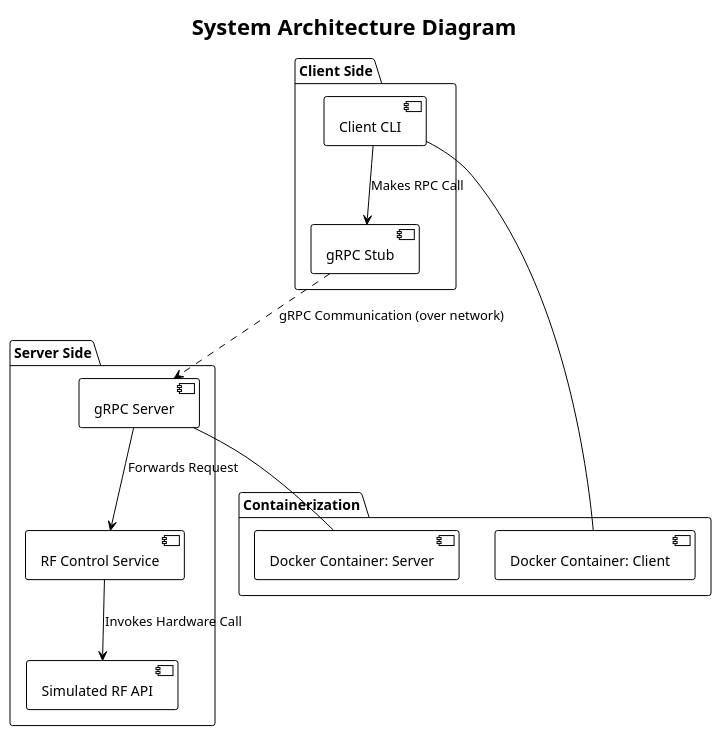
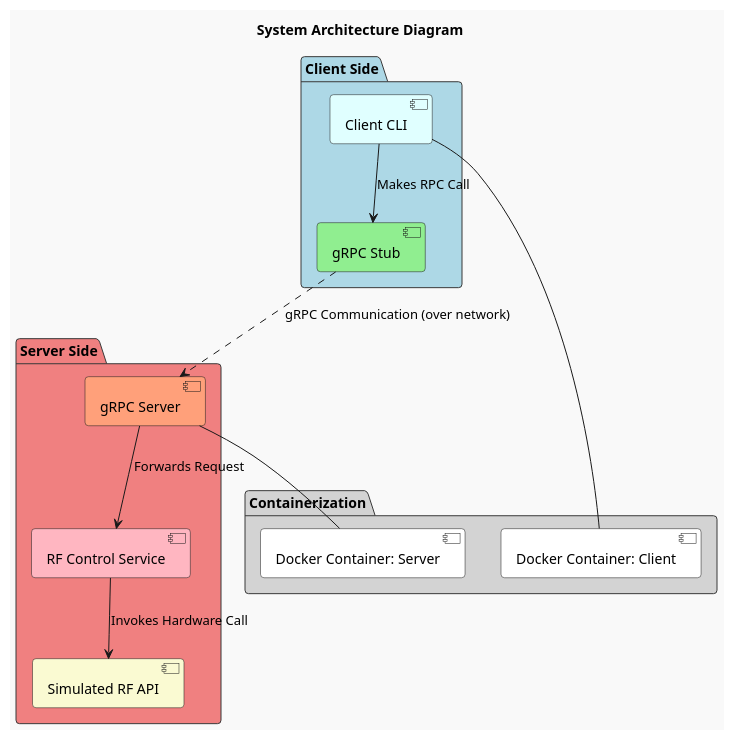
Before and after one commit to lonnewolf120/RF_gRPC_assgn: the diagram in architecture.puml, drawn with PlantUML. The commit also changed 1 other file, not shown here.

```diff
--- a/architecture.puml
+++ b/architecture.puml
@@ -1,30 +1,30 @@
 @startuml
-!theme plain
+!theme mars
 title System Architecture Diagram
 
-package "Client Side" {
-  [Client CLI]
-  [gRPC Stub]
+package "Client Side" #LightBlue {
+  [Client CLI] #LightCyan
+  [gRPC Stub] #LightGreen
 
   [Client CLI] --> [gRPC Stub] : Makes RPC Call
 }
 
-package "Server Side" {
-  [gRPC Server]
-  [RF Control Service]
-  [Simulated RF API]
+package "Server Side" #LightCoral {
+  [gRPC Server] #LightSalmon
+  [RF Control Service] #LightPink
+  [Simulated RF API] #LightGoldenRodYellow
 
   [gRPC Server] --> [RF Control Service] : Forwards Request
   [RF Control Service] --> [Simulated RF API] : Invokes Hardware Call
 }
 
-package "Containerization" {
-    [Docker Container: Client]
-    [Docker Container: Server]
+package "Containerization" #LightGray {
+    [Docker Container: Client] #White
+    [Docker Container: Server] #White
 
     [Client CLI] -- [Docker Container: Client]
     [gRPC Server] -- [Docker Container: Server]
 }
 
 [gRPC Stub] ..> [gRPC Server] : gRPC Communication (over network)
 @enduml
```
